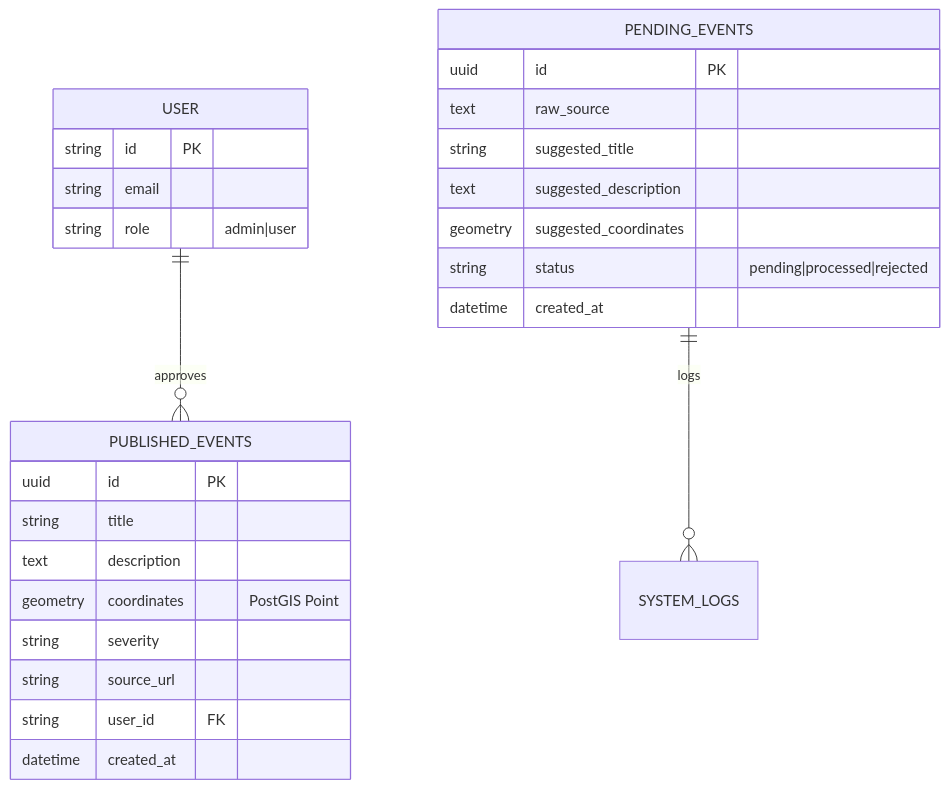
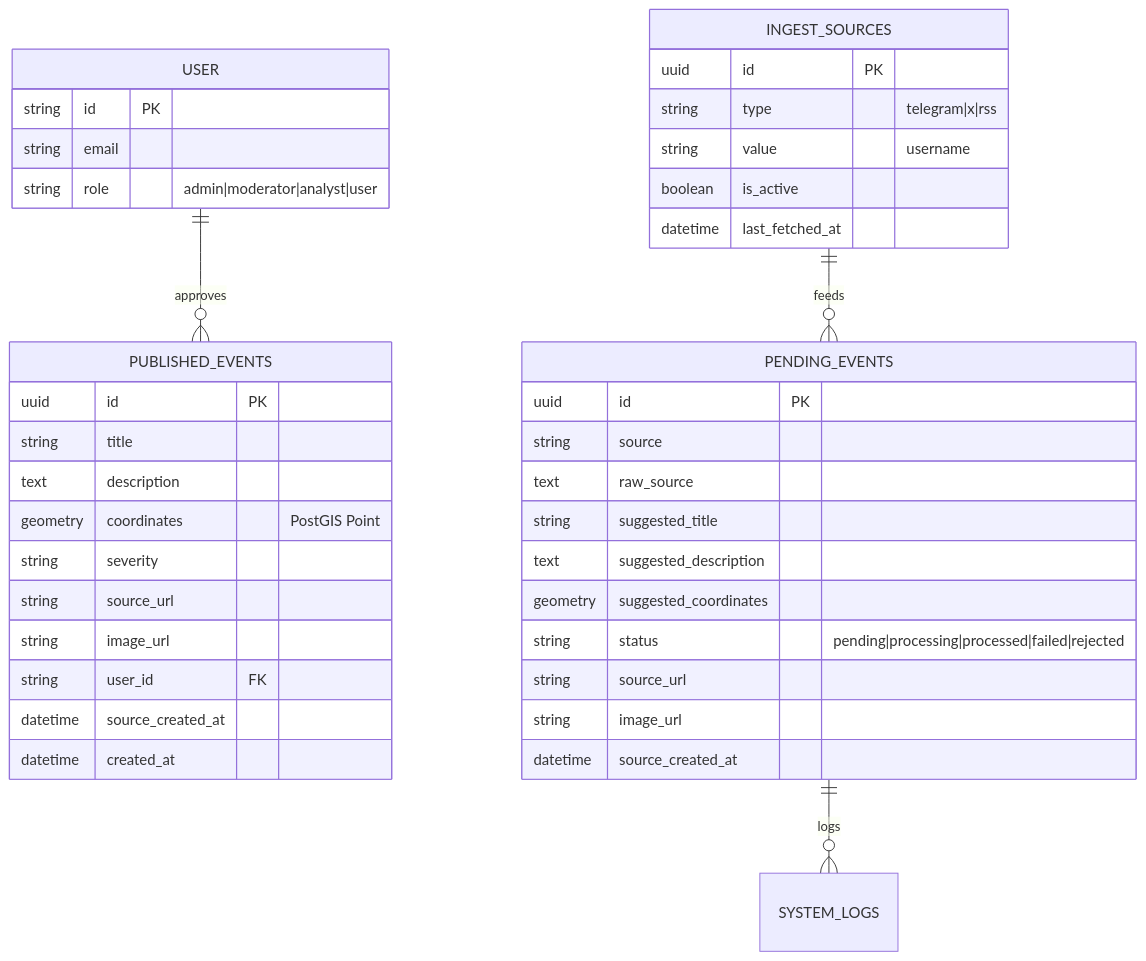
Before and after one commit to raptr45/osint-map: the diagram in docs/database.md, drawn with Mermaid. The commit also changed other lines of this file and 4 other files, not shown here.

````diff
--- a/docs/database.md
+++ b/docs/database.md
@@ -5,29 +5,42 @@
 ```mermaid
 erDiagram
     USER ||--o{ PUBLISHED_EVENTS : "approves"
     PENDING_EVENTS ||--o{ SYSTEM_LOGS : "logs"
+    INGEST_SOURCES ||--o{ PENDING_EVENTS : "feeds"
     PUBLISHED_EVENTS {
         uuid id PK
         string title
         text description
         geometry coordinates "PostGIS Point"
         string severity
         string source_url
+        string image_url
         string user_id FK
+        datetime source_created_at
         datetime created_at
     }
     PENDING_EVENTS {
         uuid id PK
+        string source
         text raw_source
         string suggested_title
         text suggested_description
         geometry suggested_coordinates
-        string status "pending|processed|rejected"
-        datetime created_at
+        string status "pending|processing|processed|failed|rejected"
+        string source_url
+        string image_url
+        datetime source_created_at
+    }
+    INGEST_SOURCES {
+        uuid id PK
+        string type "telegram|x|rss"
+        string value "username"
+        boolean is_active
+        datetime last_fetched_at
     }
     USER {
         string id PK
         string email
-        string role "admin|user"
+        string role "admin|moderator|analyst|user"
     }
 ```
````
